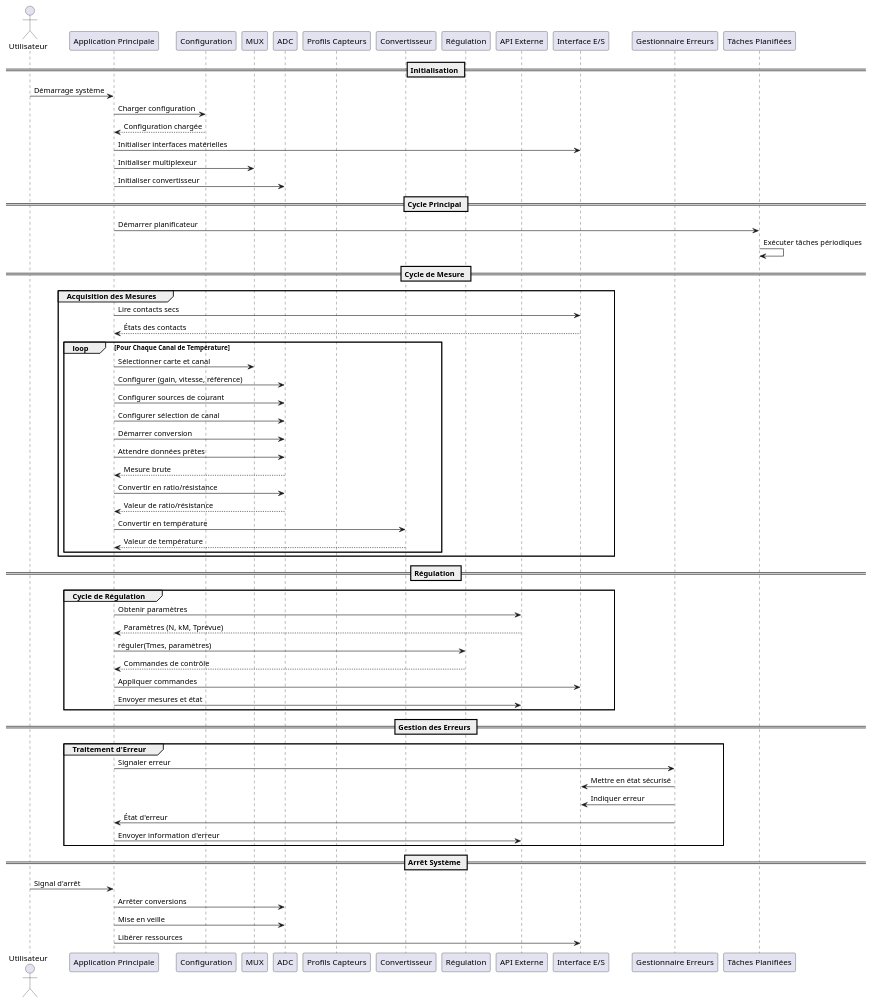
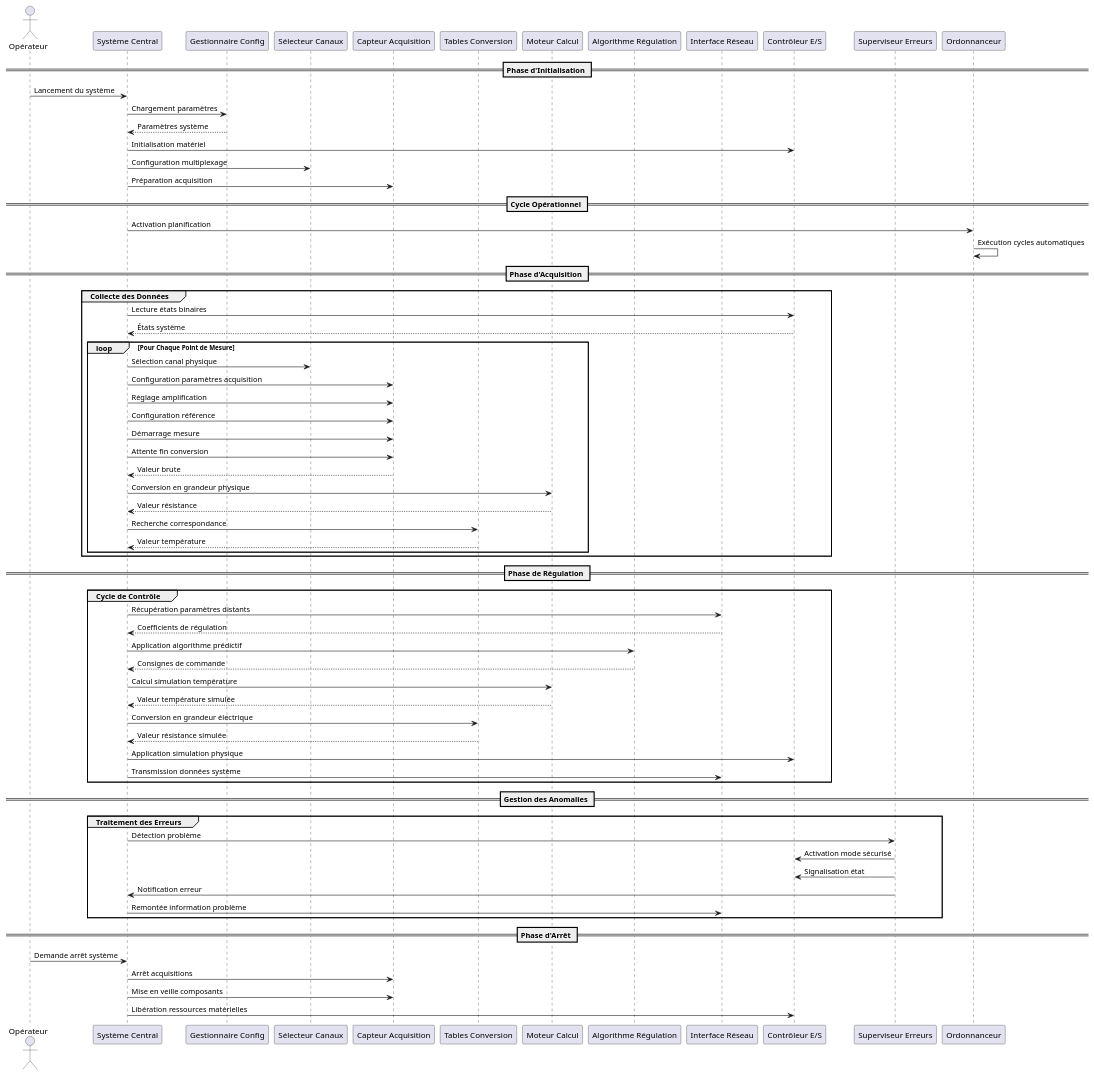
One commit to LeoMendesEsEtml/2510_RegulationChauffage changed the diagram in soft/src/UML_Diagram/event_flow_generic.puml. Above: the diagram before and after it, drawn with PlantUML. The commit also changed 2 other files, not shown here.

```diff
--- a/soft/src/UML_Diagram/event_flow_generic.puml
+++ b/soft/src/UML_Diagram/event_flow_generic.puml
@@ -1,80 +1,84 @@
 @startuml EventFlow
 
-' Acteurs et composants
-actor "Utilisateur" as user
-participant "Application Principale" as main
-participant "Configuration" as config
-participant "MUX" as mux
-participant "ADC" as adc
-participant "Profils Capteurs" as profiles
-participant "Convertisseur" as converter
-participant "Régulation" as regulation
-participant "API Externe" as api
-participant "Interface E/S" as io
-participant "Gestionnaire Erreurs" as errorhandler
-participant "Tâches Planifiées" as scheduler
+' Acteurs et composants logiques
+actor "Opérateur" as user
+participant "Système Central" as main
+participant "Gestionnaire Config" as config
+participant "Sélecteur Canaux" as selector
+participant "Capteur Acquisition" as sensor
+participant "Tables Conversion" as tables
+participant "Moteur Calcul" as calculator
+participant "Algorithme Régulation" as regulation
+participant "Interface Réseau" as network
+participant "Contrôleur E/S" as io
+participant "Superviseur Erreurs" as monitor
+participant "Ordonnanceur" as scheduler
 
 ' Séquence d'initialisation
-== Initialisation ==
-user -> main : Démarrage système
-main -> config : Charger configuration
-config --> main : Configuration chargée
-main -> io : Initialiser interfaces matérielles
-main -> mux : Initialiser multiplexeur
-main -> adc : Initialiser convertisseur
+== Phase d'Initialisation ==
+user -> main : Lancement du système
+main -> config : Chargement paramètres
+config --> main : Paramètres système
+main -> io : Initialisation matériel
+main -> selector : Configuration multiplexage
+main -> sensor : Préparation acquisition
 
 ' Séquence de cycle principal
-== Cycle Principal ==
-main -> scheduler : Démarrer planificateur
-scheduler -> scheduler : Exécuter tâches périodiques
+== Cycle Opérationnel ==
+main -> scheduler : Activation planification
+scheduler -> scheduler : Exécution cycles automatiques
 
 ' Séquence de mesure
-== Cycle de Mesure ==
-group Acquisition des Mesures
-    main -> io : Lire contacts secs
-    io --> main : États des contacts
+== Phase d'Acquisition ==
+group Collecte des Données
+    main -> io : Lecture états binaires
+    io --> main : États système
     
-    loop Pour Chaque Canal de Température
-        main -> mux : Sélectionner carte et canal
-        main -> adc : Configurer (gain, vitesse, référence)
-        main -> adc : Configurer sources de courant
-        main -> adc : Configurer sélection de canal
-        main -> adc : Démarrer conversion
-        main -> adc : Attendre données prêtes
-        adc --> main : Mesure brute
-        main -> adc : Convertir en ratio/résistance
-        adc --> main : Valeur de ratio/résistance
-        main -> converter : Convertir en température
-        converter --> main : Valeur de température
+    loop Pour Chaque Point de Mesure
+        main -> selector : Sélection canal physique
+        main -> sensor : Configuration paramètres acquisition
+        main -> sensor : Réglage amplification
+        main -> sensor : Configuration référence
+        main -> sensor : Démarrage mesure
+        main -> sensor : Attente fin conversion
+        sensor --> main : Valeur brute
+        main -> calculator : Conversion en grandeur physique
+        calculator --> main : Valeur résistance
+        main -> tables : Recherche correspondance
+        tables --> main : Valeur température
     end
 end
 
 ' Séquence de régulation
-== Régulation ==
-group Cycle de Régulation
-    main -> api : Obtenir paramètres
-    api --> main : Paramètres (N, kM, Tprévue)
-    main -> regulation : réguler(Tmes, paramètres)
-    regulation --> main : Commandes de contrôle
-    main -> io : Appliquer commandes
-    main -> api : Envoyer mesures et état
+== Phase de Régulation ==
+group Cycle de Contrôle
+    main -> network : Récupération paramètres distants
+    network --> main : Coefficients de régulation
+    main -> regulation : Application algorithme prédictif
+    regulation --> main : Consignes de commande
+    main -> calculator : Calcul simulation température
+    calculator --> main : Valeur température simulée
+    main -> tables : Conversion en grandeur électrique
+    tables --> main : Valeur résistance simulée
+    main -> io : Application simulation physique
+    main -> network : Transmission données système
 end
 
 ' Séquence de traitement d'erreur
-== Gestion des Erreurs ==
-group Traitement d'Erreur
-    main -> errorhandler : Signaler erreur
-    errorhandler -> io : Mettre en état sécurisé
-    errorhandler -> io : Indiquer erreur
-    errorhandler -> main : État d'erreur
-    main -> api : Envoyer information d'erreur
+== Gestion des Anomalies ==
+group Traitement des Erreurs
+    main -> monitor : Détection problème
+    monitor -> io : Activation mode sécurisé
+    monitor -> io : Signalisation état
+    monitor -> main : Notification erreur
+    main -> network : Remontée information problème
 end
 
 ' Séquence d'arrêt
-== Arrêt Système ==
-user -> main : Signal d'arrêt
-main -> adc : Arrêter conversions
-main -> adc : Mise en veille
-main -> io : Libérer ressources
+== Phase d'Arrêt ==
+user -> main : Demande arrêt système
+main -> sensor : Arrêt acquisitions
+main -> sensor : Mise en veille composants
+main -> io : Libération ressources matérielles
 
 @enduml
```
